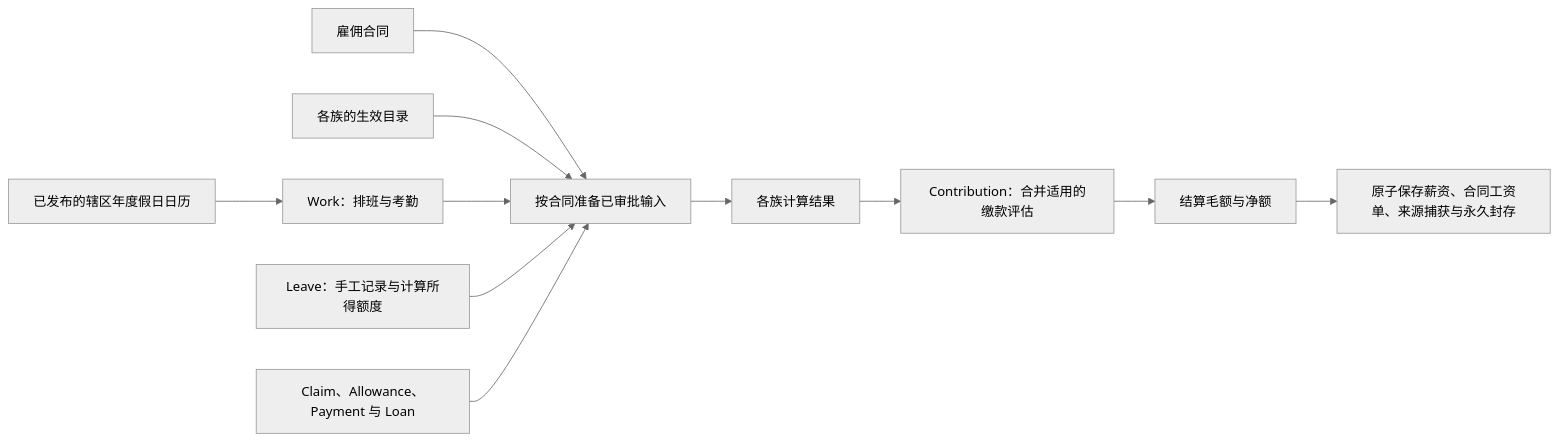
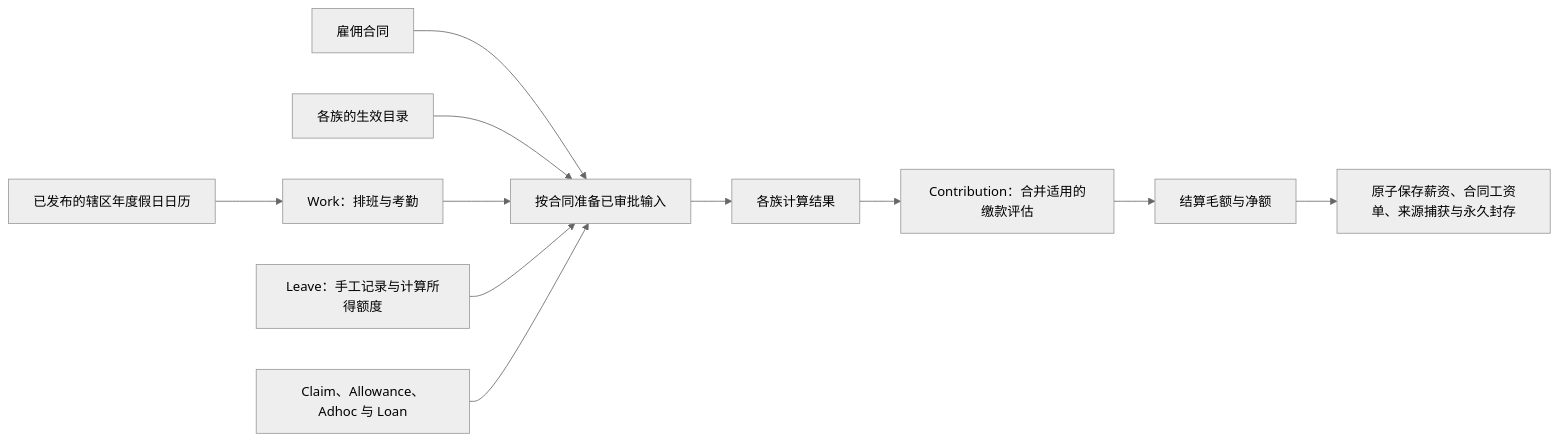
One commit to norbital-ai/templates changed the diagram in hr-payroll/README.zh.md. Above: the diagram before and after it, drawn with Mermaid (neutral theme). The commit also changed other lines of this file and 15 other files, not shown here.

````diff
--- a/hr-payroll/README.zh.md
+++ b/hr-payroll/README.zh.md
@@ -13,13 +13,13 @@
 ```mermaid
 flowchart LR
     Contract[雇佣合同] --> Prepare[按合同准备已审批输入]
     Catalog[各族的生效目录] --> Prepare
     Holidays[已发布的辖区年度假日日历] --> Work[Work：排班与考勤]
     Work --> Prepare
     Leave[Leave：手工记录与计算所得额度] --> Prepare
-    Money[Claim、Allowance、Payment 与 Loan] --> Prepare
+    Money[Claim、Allowance、Adhoc 与 Loan] --> Prepare
     Prepare --> Calculate[各族计算结果]
     Calculate --> Contribution[Contribution：合并适用的缴款评估]
     Contribution --> Settle[结算毛额与净额]
     Settle --> Commit[原子保存薪资、合同工资单、来源捕获与永久封存]
 ```
````
